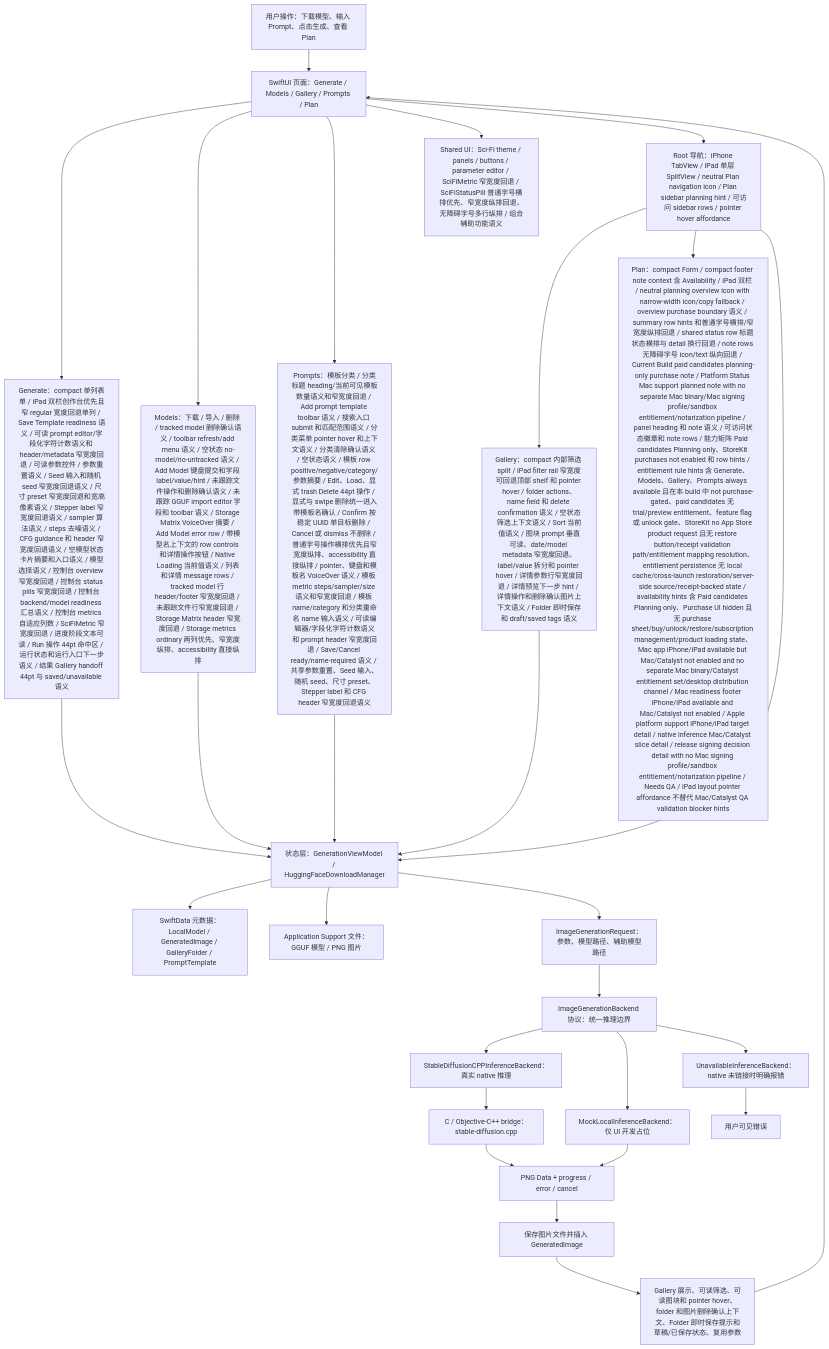
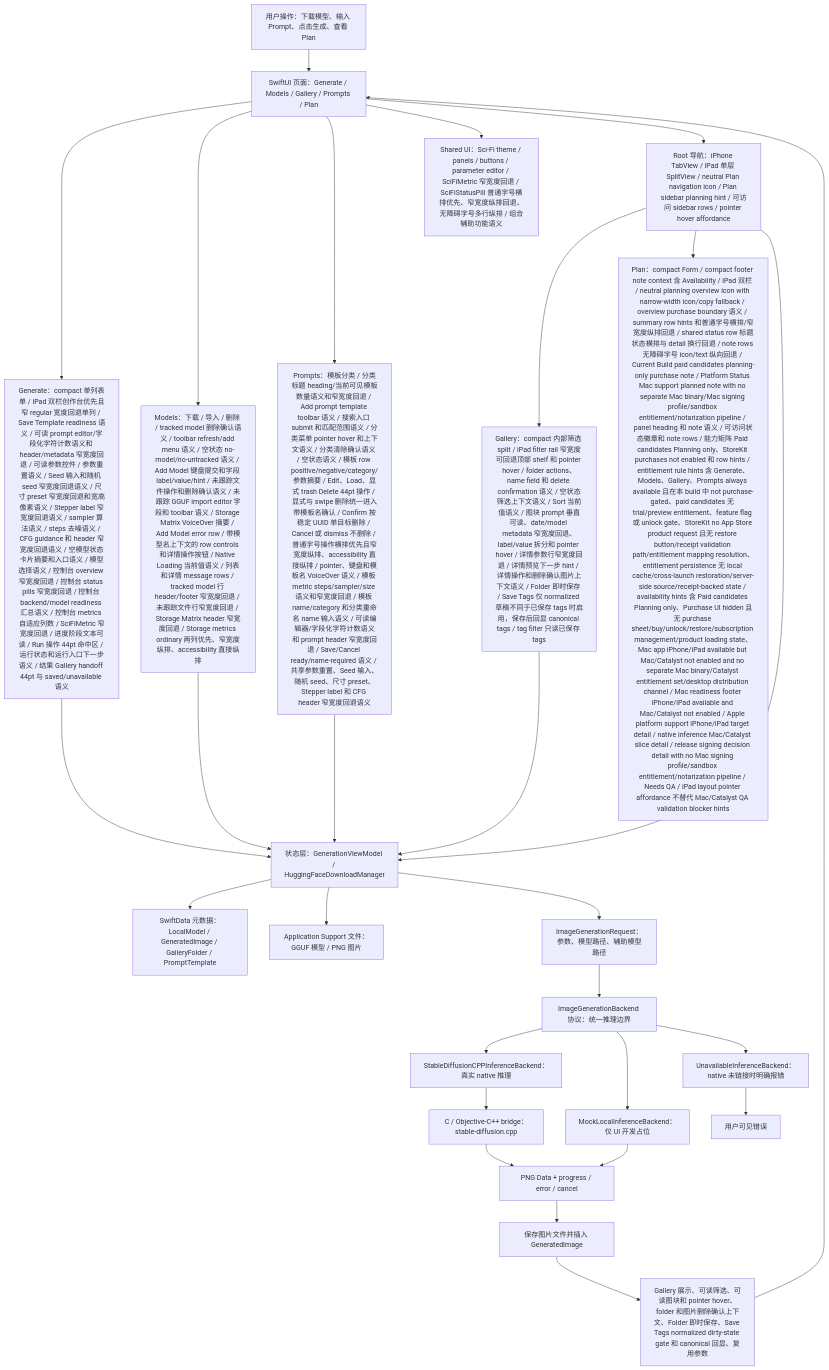
Before and after one commit to Altman-sam114/118: the first of 7 diagrams in md/flow/flowchart.md, drawn with Mermaid. The commit also changed 5 other files, not shown here.

Commit message:
v1.154: Gallery tag save state

````diff
--- a/md/flow/flowchart.md
+++ b/md/flow/flowchart.md
@@ -9,30 +9,30 @@
 ```mermaid
 flowchart TD
   U["用户操作：下载模型、输入 Prompt、点击生成、查看 Plan"] --> UI["SwiftUI 页面：Generate / Models / Gallery / Prompts / Plan"]
   UI --> GENUI["Generate：compact 单列表单 / iPad 双栏创作台优先且窄 regular 宽度回退单列 / Save Template readiness 语义 / 可读 prompt editor/字段化字符计数语义和 header/metadata 窄宽度回退 / 可读参数控件 / 参数重置语义 / Seed 输入和随机 seed 窄宽度回退语义 / 尺寸 preset 窄宽度回退和宽高像素语义 / Stepper label 窄宽度回退语义 / sampler 算法语义 / steps 去噪语义 / CFG guidance 和 header 窄宽度回退语义 / 空模型状态卡片摘要和入口语义 / 模型选择语义 / 控制台 overview 窄宽度回退 / 控制台 status pills 窄宽度回退 / 控制台 backend/model readiness 汇总语义 / 控制台 metrics 自适应列数 / SciFiMetric 窄宽度回退 / 进度阶段文本可读 / Run 操作 44pt 命中区 / 运行状态和运行入口下一步语义 / 结果 Gallery handoff 44pt 与 saved/unavailable 语义"]
   UI --> MODELUI["Models：下载 / 导入 / 删除 / tracked model 删除确认语义 / toolbar refresh/add menu 语义 / 空状态 no-model/no-untracked 语义 / Add Model 键盘提交和字段 label/value/hint / 未跟踪文件操作和删除确认语义 / 未跟踪 GGUF import editor 字段和 toolbar 语义 / Storage Matrix VoiceOver 摘要 / Add Model error row / 带模型名上下文的 row controls 和详情操作按钮 / Native Loading 当前值语义 / 列表和详情 message rows / tracked model 行 header/footer 窄宽度回退 / 未跟踪文件行窄宽度回退 / Storage Matrix header 窄宽度回退 / Storage metrics ordinary 两列优先、窄宽度纵排、accessibility 直接纵排"]
   UI --> PROMPTUI["Prompts：模板分类 / 分类标题 heading/当前可见模板数量语义和窄宽度回退 / Add prompt template toolbar 语义 / 搜索入口 submit 和匹配范围语义 / 分类菜单 pointer hover 和上下文语义 / 分类清除确认语义 / 空状态语义 / 模板 row positive/negative/category/参数摘要 / Edit、Load、显式 trash Delete 44pt 操作 / 显式与 swipe 删除统一进入带模板名确认 / Confirm 按稳定 UUID 单目标删除 / Cancel 或 dismiss 不删除 / 普通字号操作横排优先且窄宽度纵排、accessibility 直接纵排 / pointer、键盘和模板名 VoiceOver 语义 / 模板 metric steps/sampler/size 语义和窄宽度回退 / 模板 name/category 和分类重命名 name 输入语义 / 可读编辑器/字段化字符计数语义和 prompt header 窄宽度回退 / Save/Cancel ready/name-required 语义 / 共享参数重置、Seed 输入、随机 seed、尺寸 preset、Stepper label 和 CFG header 窄宽度回退语义"]
   UI --> SHAREDUI["Shared UI：Sci-Fi theme / panels / buttons / parameter editor / SciFiMetric 窄宽度回退 / SciFiStatusPill 普通字号横排优先、窄宽度纵排回退、无障碍字号多行纵排 / 组合辅助功能语义"]
   UI --> NAV["Root 导航：iPhone TabView / iPad 单层 SplitView / neutral Plan navigation icon / Plan sidebar planning hint / 可访问 sidebar rows / pointer hover affordance"]
-  NAV --> GALUI["Gallery：compact 内部筛选 split / iPad filter rail 窄宽度可回退顶部 shelf 和 pointer hover / folder actions、name field 和 delete confirmation 语义 / 空状态筛选上下文语义 / Sort 当前值语义 / 图块 prompt 垂直可读、date/model metadata 窄宽度回退、label/value 拆分和 pointer hover / 详情参数行窄宽度回退 / 详情预览下一步 hint / 详情操作和删除确认图片上下文语义 / Folder 即时保存和 draft/saved tags 语义"]
+  NAV --> GALUI["Gallery：compact 内部筛选 split / iPad filter rail 窄宽度可回退顶部 shelf 和 pointer hover / folder actions、name field 和 delete confirmation 语义 / 空状态筛选上下文语义 / Sort 当前值语义 / 图块 prompt 垂直可读、date/model metadata 窄宽度回退、label/value 拆分和 pointer hover / 详情参数行窄宽度回退 / 详情预览下一步 hint / 详情操作和删除确认图片上下文语义 / Folder 即时保存 / Save Tags 仅 normalized 草稿不同于已保存 tags 时启用，保存后回显 canonical tags / tag filter 只读已保存 tags"]
   NAV --> PLANUI["Plan：compact Form / compact footer note context 含 Availability / iPad 双栏 / neutral planning overview icon with narrow-width icon/copy fallback / overview purchase boundary 语义 / summary row hints 和普通字号横排/窄宽度纵排回退 / shared status row 标题状态横排与 detail 换行回退 / note rows 无障碍字号 icon/text 纵向回退 / Current Build paid candidates planning-only purchase note / Platform Status Mac support planned note with no separate Mac binary/Mac signing profile/sandbox entitlement/notarization pipeline / panel heading 和 note 语义 / 可访问状态徽章和 note rows / 能力矩阵 Paid candidates Planning only、StoreKit purchases not enabled 和 row hints / entitlement rule hints 含 Generate、Models、Gallery、Prompts always available 且在本 build 中 not purchase-gated、paid candidates 无 trial/preview entitlement、feature flag 或 unlock gate、StoreKit no App Store product request 且无 restore button/receipt validation path/entitlement mapping resolution、entitlement persistence 无 local cache/cross-launch restoration/server-side source/receipt-backed state / availability hints 含 Paid candidates Planning only、Purchase UI hidden 且无 purchase sheet/buy/unlock/restore/subscription management/product loading state、Mac app iPhone/iPad available but Mac/Catalyst not enabled and no separate Mac binary/Catalyst entitlement set/desktop distribution channel / Mac readiness footer iPhone/iPad available and Mac/Catalyst not enabled / Apple platform support iPhone/iPad target detail / native inference Mac/Catalyst slice detail / release signing decision detail with no Mac signing profile/sandbox entitlement/notarization pipeline / Needs QA / iPad layout pointer affordance 不替代 Mac/Catalyst QA validation blocker hints"]
   NAV --> VM["状态层：GenerationViewModel / HuggingFaceDownloadManager"]
   GENUI --> VM
   MODELUI --> VM
   PROMPTUI --> VM
   GALUI --> VM
   VM --> SD["SwiftData 元数据：LocalModel / GeneratedImage / GalleryFolder / PromptTemplate"]
   VM --> FS["Application Support 文件：GGUF 模型 / PNG 图片"]
   VM --> REQ["ImageGenerationRequest：参数、模型路径、辅助模型路径"]
   REQ --> IFACE["ImageGenerationBackend 协议：统一推理边界"]
   IFACE --> NATIVE["StableDiffusionCPPInferenceBackend：真实 native 推理"]
   IFACE --> MOCK["MockLocalInferenceBackend：仅 UI 开发占位"]
   IFACE --> OFF["UnavailableInferenceBackend：native 未链接时明确报错"]
   NATIVE --> BRIDGE["C / Objective-C++ bridge：stable-diffusion.cpp"]
   BRIDGE --> PNG["PNG Data + progress / error / cancel"]
   MOCK --> PNG
   OFF --> ERR["用户可见错误"]
   PNG --> SAVE["保存图片文件并插入 GeneratedImage"]
-  SAVE --> GALLERY["Gallery 展示、可读筛选、可读图块和 pointer hover、folder 和图片删除确认上下文、Folder 即时保存提示和草稿/已保存状态、复用参数"]
+  SAVE --> GALLERY["Gallery 展示、可读筛选、可读图块和 pointer hover、folder 和图片删除确认上下文、Folder 即时保存、Save Tags normalized dirty-state gate 和 canonical 回显、复用参数"]
   GALLERY --> UI
 ```
````
